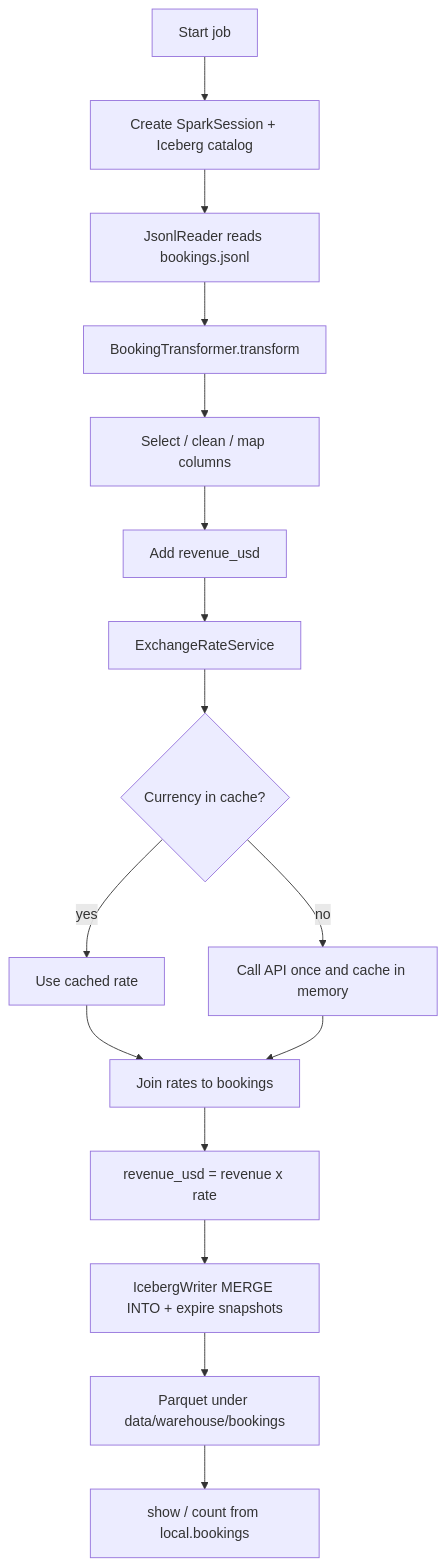
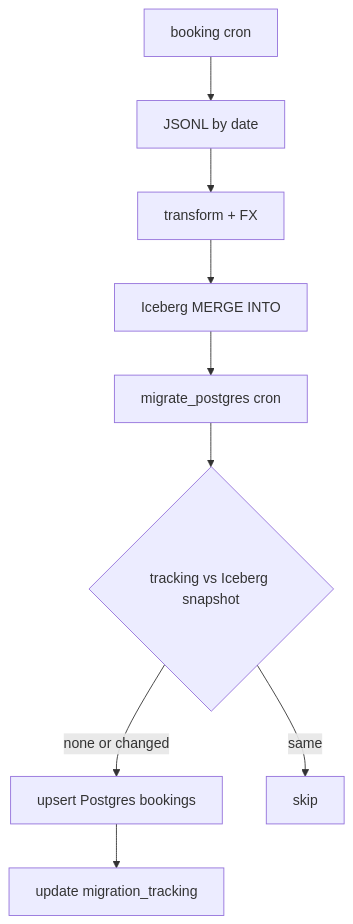
Before and after one commit to SadikMR/pyspark-iceberg-project: the diagram in README.md, drawn with Mermaid. The commit also changed other lines of this file and 18 other files, not shown here.

First line of the commit message:
refactor: streamline project structure and enhance migration job

````diff
--- a/README.md
+++ b/README.md
@@ -121,18 +152,11 @@
 ```mermaid
 flowchart TD
-  A[Start job] --> B[Create SparkSession + Iceberg catalog]
-  B --> C[JsonlReader reads bookings.jsonl]
-  C --> D[BookingTransformer.transform]
-  D --> E[Select / clean / map columns]
-  E --> F[Add revenue_usd]
-  F --> G[ExchangeRateService]
-  G --> H{Currency in cache?}
-  H -->|yes| I[Use cached rate]
-  H -->|no| J[Call API once and cache in memory]
-  I --> K[Join rates to bookings]
-  J --> K
-  K --> L[revenue_usd = revenue x rate]
-  L --> M[IcebergWriter MERGE INTO + expire snapshots]
-  M --> N[Parquet under data/warehouse/bookings]
-  N --> O[show / count from local.bookings]
+  A[booking cron] --> B[JSONL by date]
+  B --> C[transform + FX]
+  C --> D[Iceberg MERGE INTO]
+  D --> E[migrate_postgres cron]
+  E --> F{tracking vs Iceberg snapshot}
+  F -->|none or changed| G[upsert Postgres bookings]
+  G --> H[update migration_tracking]
+  F -->|same| I[skip]
 ```
````
